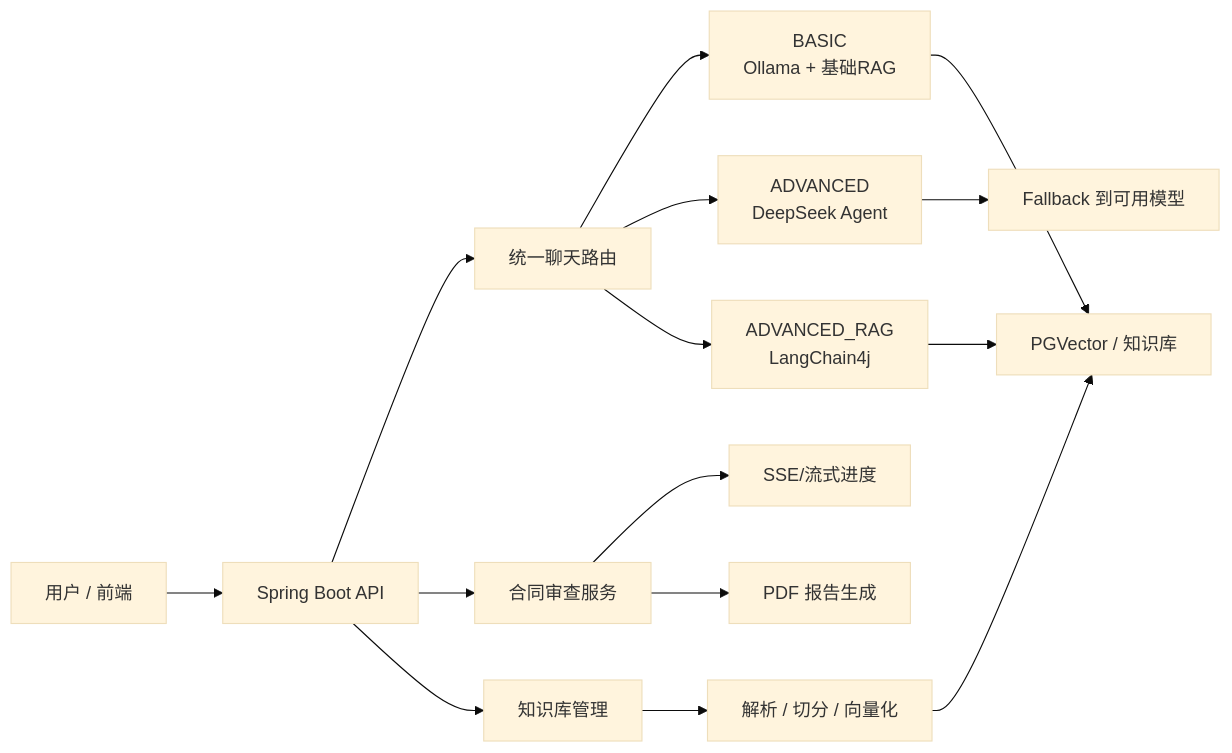
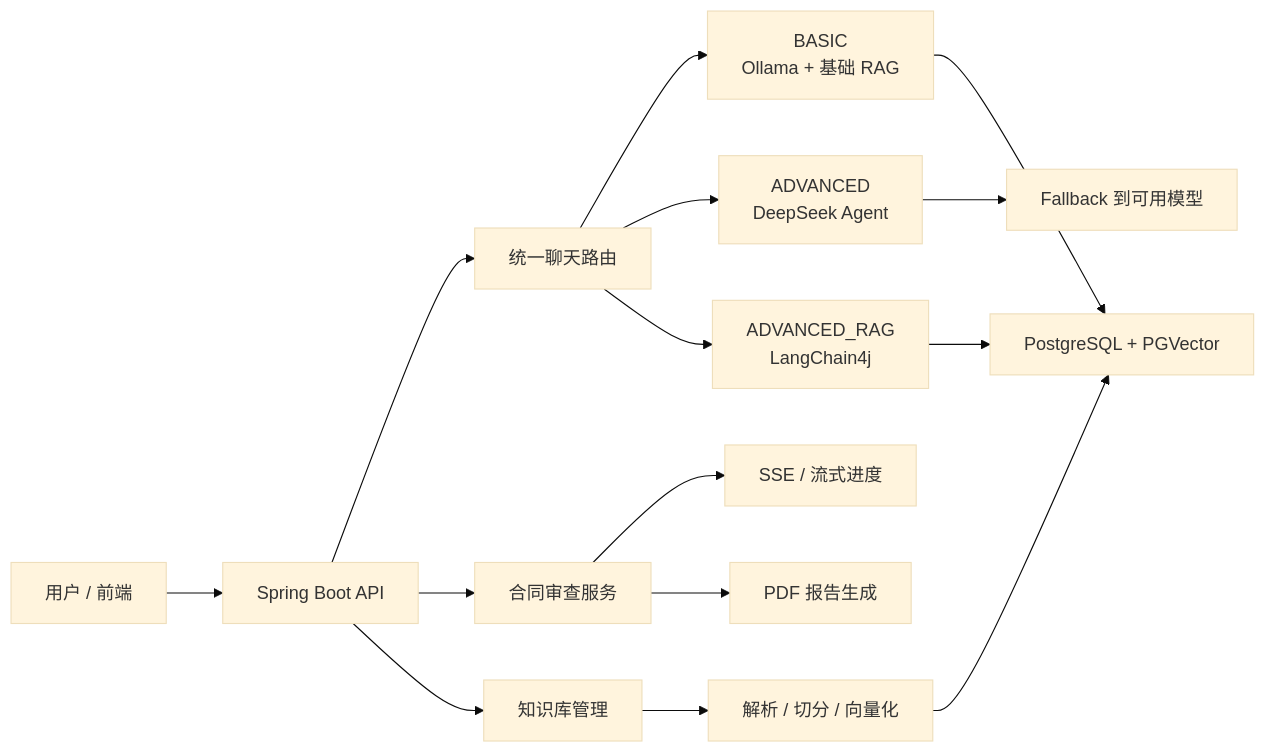
Before and after one commit to HeShen-1/AI-Powered-LegalComplianceAssistant: the diagram in README.md, drawn with Mermaid (base theme). The commit also changed other lines of this file and 30 other files, not shown here.

````diff
--- a/README.md
+++ b/README.md
@@ -63,17 +28,17 @@
 ```mermaid
 flowchart LR
     U["用户 / 前端"] --> G["Spring Boot API"]
     G --> A["统一聊天路由"]
-    A --> B["BASIC<br/>Ollama + 基础RAG"]
+    A --> B["BASIC<br/>Ollama + 基础 RAG"]
     A --> C["ADVANCED<br/>DeepSeek Agent"]
     A --> D["ADVANCED_RAG<br/>LangChain4j"]
     C --> F["Fallback 到可用模型"]
-    B --> V["PGVector / 知识库"]
+    B --> V["PostgreSQL + PGVector"]
     D --> V
     G --> R["合同审查服务"]
-    R --> S["SSE/流式进度"]
+    R --> S["SSE / 流式进度"]
     R --> P["PDF 报告生成"]
     G --> K["知识库管理"]
     K --> E["解析 / 切分 / 向量化"]
     E --> V
 ```
````
